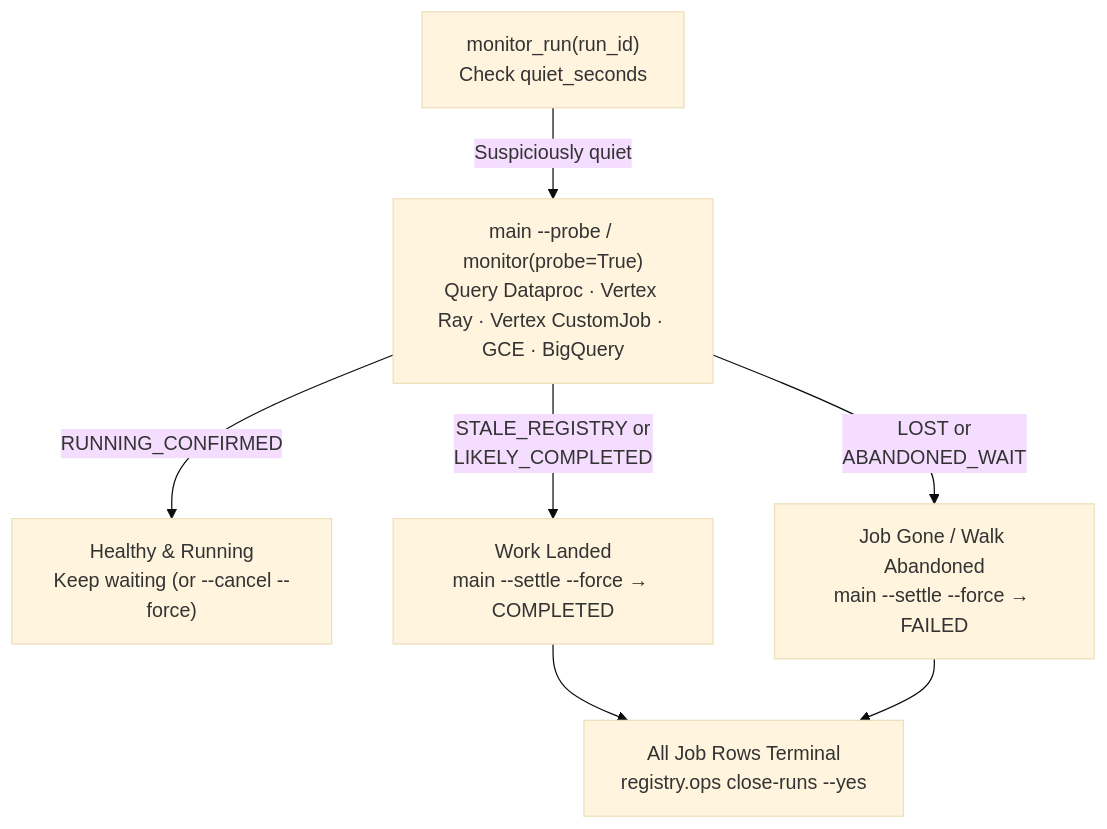
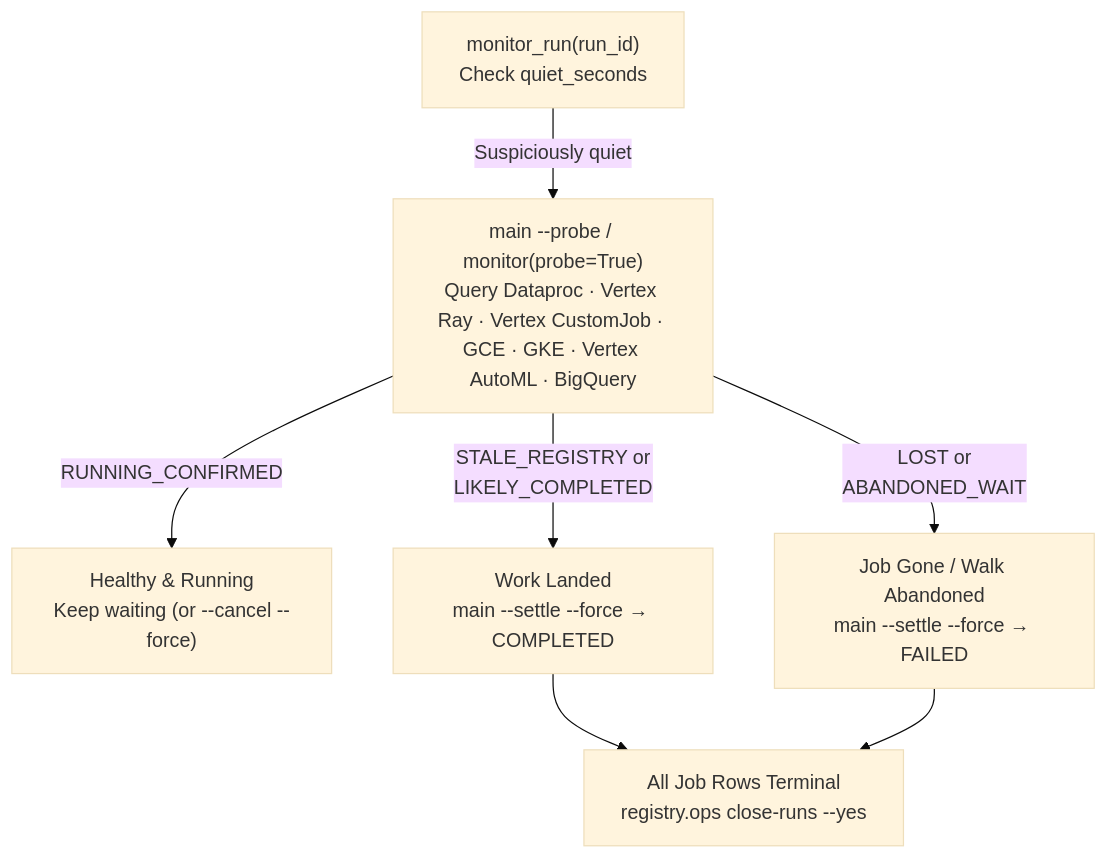
The diagram in docs/troubleshooting.md (statmike/scale-forecasting), drawn with Mermaid (base theme) before and after one commit. The commit also changed other lines of this file and 102 other files, not shown here.

Commit message:
feat(automl,explainability): add Vertex AI AutoML & Tabular Workflows (vertex_l2l, vertex_tide, vertex_tft, vertex_seq2seq), Two-Tier Feature Attributions, and repo-wide docs

````diff
--- a/docs/troubleshooting.md
+++ b/docs/troubleshooting.md
@@ -25,8 +25,8 @@
 ```mermaid
 flowchart TD
-    Watch["monitor_run(run_id)\nCheck quiet_seconds"] -->|"Suspiciously quiet"| Probe["main --probe / monitor(probe=True)\nQuery Dataproc · Vertex Ray · Vertex CustomJob · GCE · BigQuery"]
-    Probe -->|"RUNNING_CONFIRMED"| Wait["Healthy & Running\nKeep waiting (or --cancel --force)"]
-    Probe -->|"STALE_REGISTRY or\nLIKELY_COMPLETED"| SettleOK["Work Landed\nmain --settle --force → COMPLETED"]
-    Probe -->|"LOST or\nABANDONED_WAIT"| SettleFail["Job Gone / Walk Abandoned\nmain --settle --force → FAILED"]
-    SettleOK & SettleFail --> Close["All Job Rows Terminal\nregistry.ops close-runs --yes"]
+    Watch["monitor_run(run_id)<br/>Check quiet_seconds"] -->|"Suspiciously quiet"| Probe["main --probe / monitor(probe=True)<br/>Query Dataproc · Vertex Ray · Vertex CustomJob · GCE · GKE · Vertex AutoML · BigQuery"]
+    Probe -->|"RUNNING_CONFIRMED"| Wait["Healthy & Running<br/>Keep waiting (or --cancel --force)"]
+    Probe -->|"STALE_REGISTRY or<br/>LIKELY_COMPLETED"| SettleOK["Work Landed<br/>main --settle --force → COMPLETED"]
+    Probe -->|"LOST or<br/>ABANDONED_WAIT"| SettleFail["Job Gone / Walk Abandoned<br/>main --settle --force → FAILED"]
+    SettleOK & SettleFail --> Close["All Job Rows Terminal<br/>registry.ops close-runs --yes"]
 ```
````
